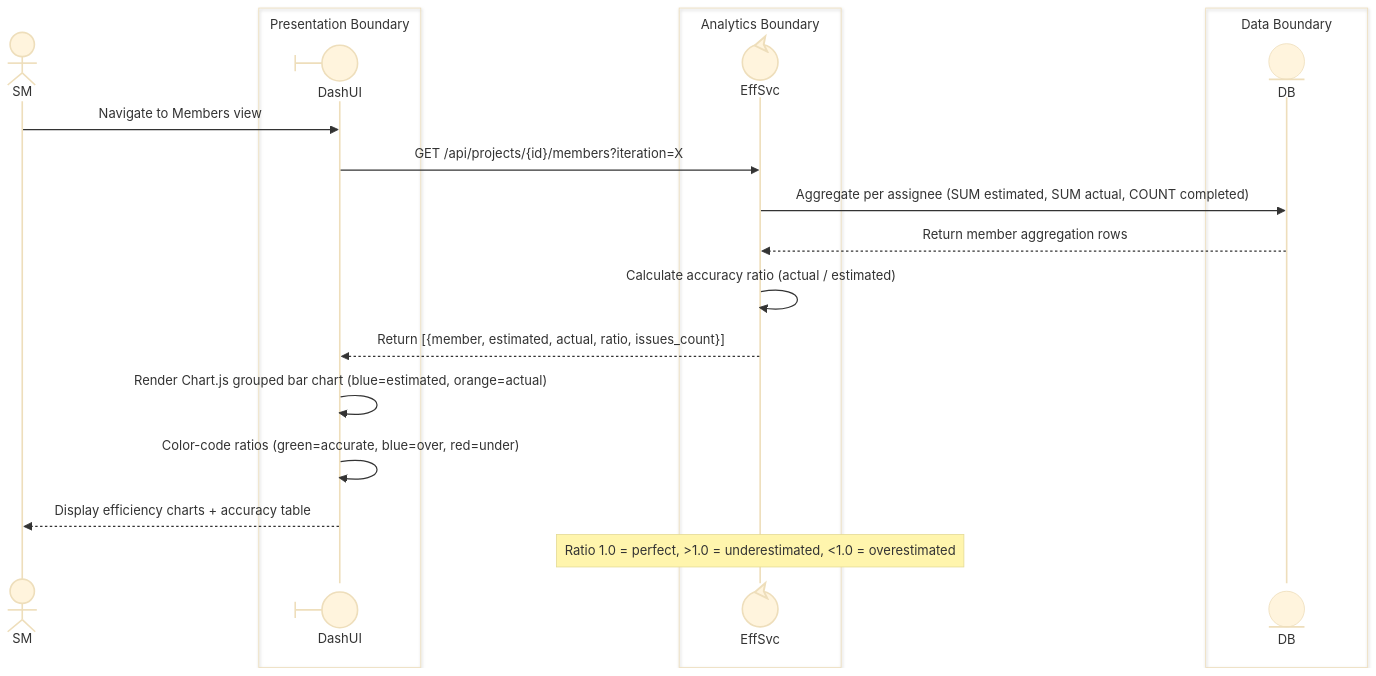
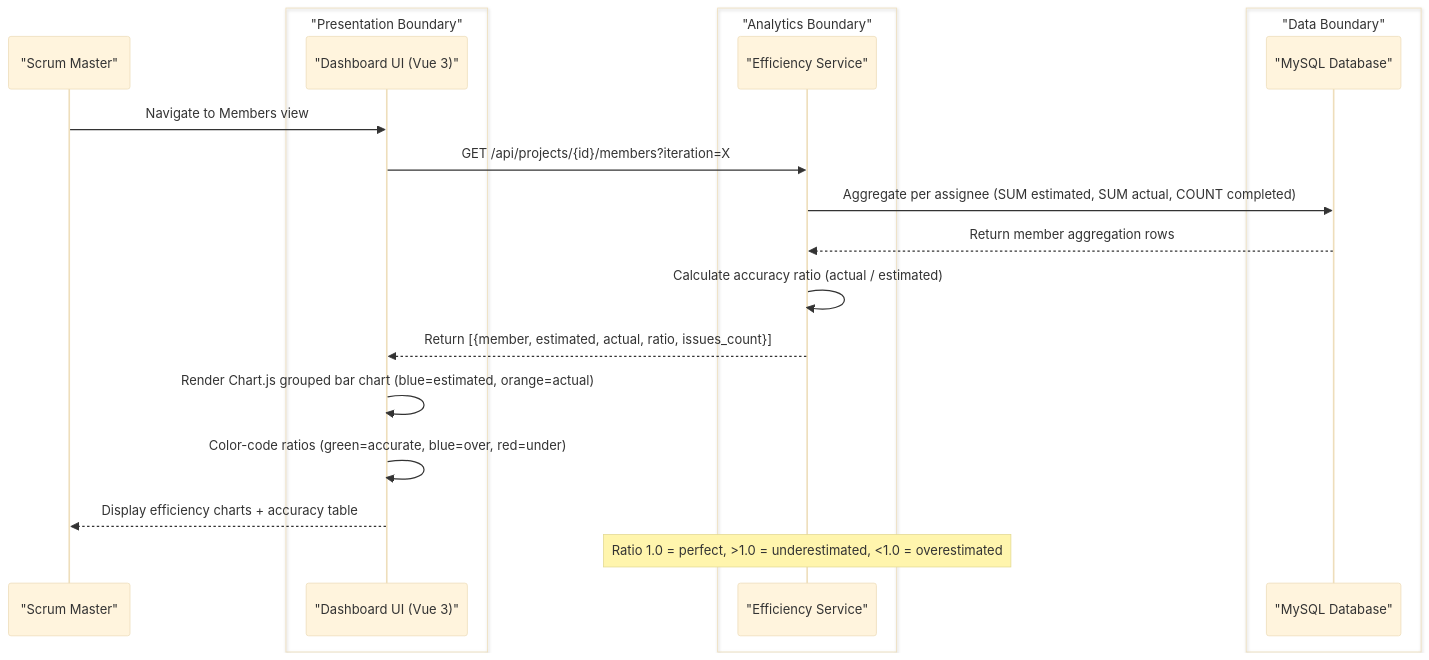
One commit to zhongadamwang/GitHubProjectAssistant changed the sixth of 8 diagrams in OrgDocument/orgModel/01 - Scrum Master Support Process/collaboration.md. Above: the diagram before and after it, drawn with Mermaid (base theme). The commit also changed other lines of this file and 9 other files, not shown here.

Commit message:
Fix diagram errors

````diff
--- a/OrgDocument/orgModel/01 - Scrum Master Support Process/collaboration.md
+++ b/OrgDocument/orgModel/01 - Scrum Master Support Process/collaboration.md
@@ -271,29 +275,30 @@
 ```mermaid
 sequenceDiagram
-    participant SM@{ "type": "actor", "label": "Scrum Master" }
+    %% Stereotypes: SM=actor | DashUI=boundary | EffSvc=control | DB=entity
+    participant SM as "Scrum Master"
 
-    box Presentation Boundary
-        participant DashUI@{ "type": "boundary", "label": "Dashboard UI (Vue 3)" }
+    box "Presentation Boundary"
+        participant DashUI as "Dashboard UI (Vue 3)"
     end
 
-    box Analytics Boundary
-        participant EffSvc@{ "type": "control", "label": "Efficiency Service" }
+    box "Analytics Boundary"
+        participant EffSvc as "Efficiency Service"
     end
 
-    box Data Boundary
-        participant DB@{ "type": "entity", "label": "MySQL Database" }
+    box "Data Boundary"
+        participant DB as "MySQL Database"
     end
 
     SM->>DashUI: Navigate to Members view
     DashUI->>EffSvc: GET /api/projects/{id}/members?iteration=X
     EffSvc->>DB: Aggregate per assignee (SUM estimated, SUM actual, COUNT completed)
     DB-->>EffSvc: Return member aggregation rows
     EffSvc->>EffSvc: Calculate accuracy ratio (actual / estimated)
     EffSvc-->>DashUI: Return [{member, estimated, actual, ratio, issues_count}]
 
     DashUI->>DashUI: Render Chart.js grouped bar chart (blue=estimated, orange=actual)
     DashUI->>DashUI: Color-code ratios (green=accurate, blue=over, red=under)
     DashUI-->>SM: Display efficiency charts + accuracy table
 
     Note over EffSvc: Ratio 1.0 = perfect, >1.0 = underestimated, <1.0 = overestimated
 ```
````
